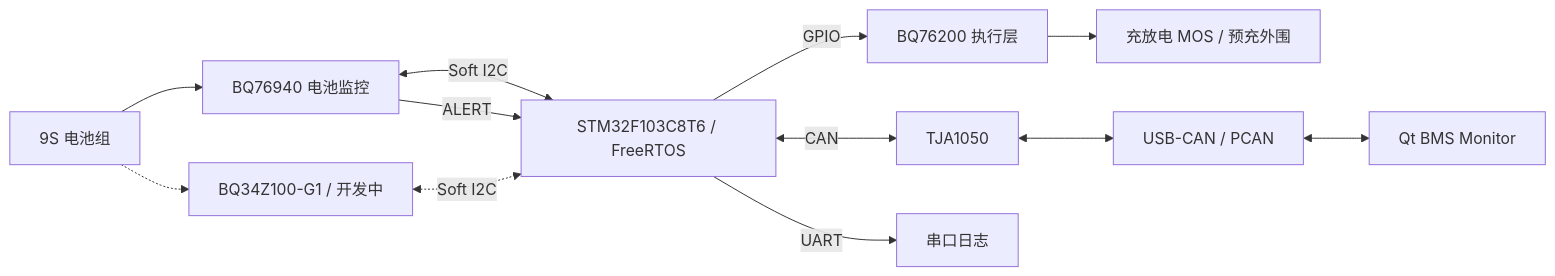
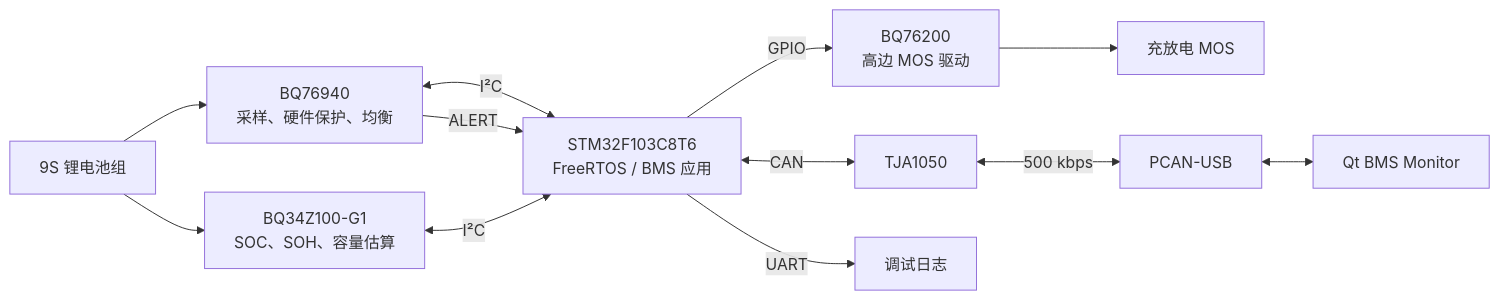
Before and after one commit to Secret-G/STM32-BMS-48Pro: the diagram in README.md, drawn with Mermaid. The commit also changed other lines of this file, not shown here.

````diff
--- a/README.md
+++ b/README.md
@@ -52,14 +13,14 @@
 ```mermaid
 flowchart LR
-    Cells[9S 电池组] --> AFE[BQ76940 电池监控]
-    Cells -.-> Gauge[BQ34Z100-G1 / 开发中]
-    AFE <-->|Soft I2C| MCU[STM32F103C8T6 / FreeRTOS]
+    Battery[9S 锂电池组] --> AFE[BQ76940<br/>采样、硬件保护、均衡]
+    Battery --> Gauge[BQ34Z100-G1<br/>SOC、SOH、容量估算]
+    AFE <-->|I²C| MCU[STM32F103C8T6<br/>FreeRTOS / BMS 应用]
     AFE -->|ALERT| MCU
-    Gauge <-. Soft I2C .-> MCU
-    MCU -->|GPIO| Exec[BQ76200 执行层]
-    Exec --> MOS[充放电 MOS / 预充外围]
+    Gauge <-->|I²C| MCU
+    MCU -->|GPIO| Driver[BQ76200<br/>高边 MOS 驱动]
+    Driver --> MOS[充放电 MOS]
     MCU <-->|CAN| PHY[TJA1050]
-    PHY <--> USB[USB-CAN / PCAN]
-    USB <--> Qt[Qt BMS Monitor]
-    MCU -->|UART| Log[串口日志]
+    PHY <-->|500 kbps| PCAN[PCAN-USB]
+    PCAN <--> Monitor[Qt BMS Monitor]
+    MCU -->|UART| Debug[调试日志]
 ```
````
